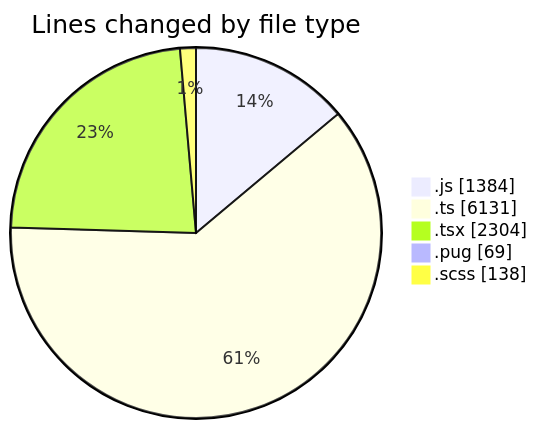
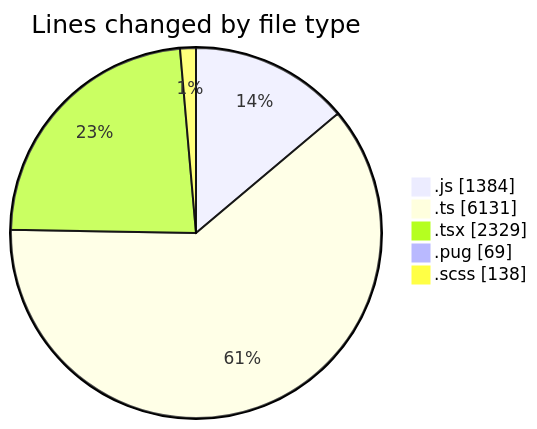
One commit to momahboobian/code-tracking changed the first of 2 diagrams in 2025-03-25/cda/README.md. Above: the diagram before and after it, drawn with Mermaid. The commit also changed other lines of this file and 1 other file, not shown here.

````diff
--- a/2025-03-25/cda/README.md
+++ b/2025-03-25/cda/README.md
@@ -39,9 +39,9 @@
 ```mermaid
 pie showData
 title Lines changed by file type
 ".js" : 1384
 ".ts" : 6131
-".tsx" : 2304
+".tsx" : 2329
 ".pug" : 69
 ".scss" : 138
 ```
````
